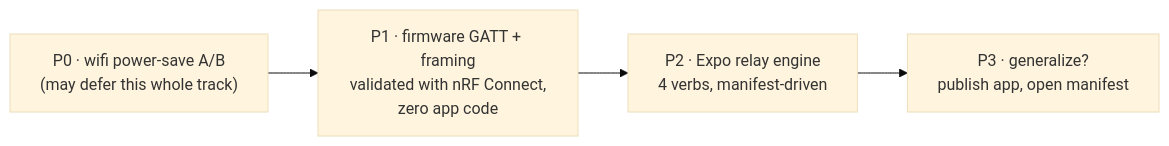
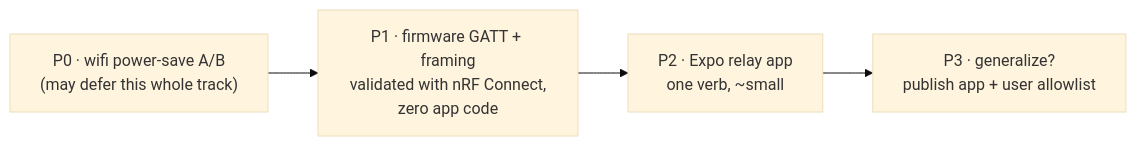
The ninth of 9 diagrams in docs/ble-gateway-design.md (frolic/pocket-pet), drawn with Mermaid (base theme) before and after one commit. The commit also changed other lines of this file, not shown here.

First line of the commit message:
Leash v2: drop the manifest — phone is a dumb HTTPS proxy

````diff
--- a/docs/ble-gateway-design.md
+++ b/docs/ble-gateway-design.md
@@ -277,8 +299,8 @@
 ```mermaid
 flowchart LR
     P0["P0 · wifi power-save A/B\n(may defer this whole track)"]
     P1["P1 · firmware GATT + framing\nvalidated with nRF Connect,\nzero app code"]
-    P2["P2 · Expo relay engine\n4 verbs, manifest-driven"]
-    P3["P3 · generalize?\npublish app, open manifest"]
+    P2["P2 · Expo relay app\none verb, ~small"]
+    P3["P3 · generalize?\npublish app + user allowlist"]
     P0 --> P1 --> P2 --> P3
 ```
````
